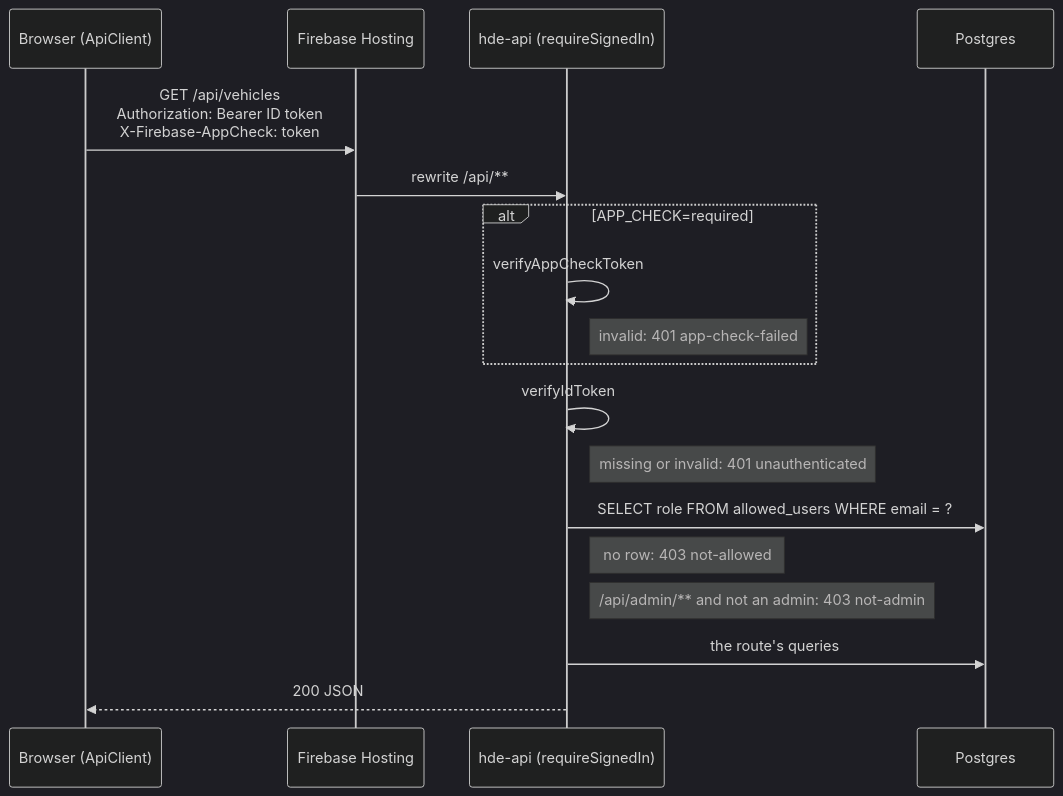
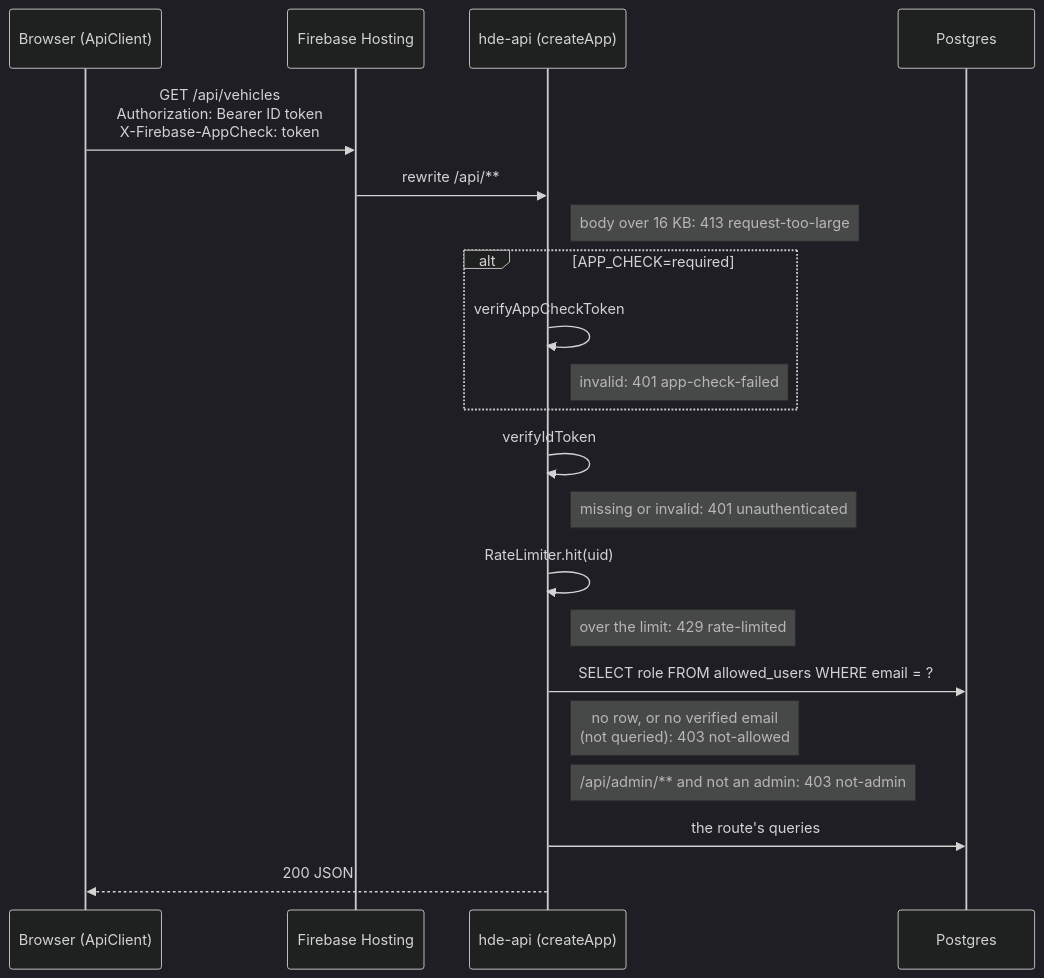
One commit to Valiance-Studios/halo-drivers-ed changed the third of 8 diagrams in ARCHITECTURE.md. Above: the diagram before and after it, drawn with Mermaid (dark theme). The commit also changed other lines of this file and 13 other files, not shown here.

First line of the commit message:
Harden the API and site: verified emails, limits and security headers (#9)

````diff
--- a/ARCHITECTURE.md
+++ b/ARCHITECTURE.md
@@ -121,21 +123,24 @@
 ```mermaid
 sequenceDiagram
     participant B as Browser (ApiClient)
     participant H as Firebase Hosting
-    participant A as hde-api (requireSignedIn)
+    participant A as hde-api (createApp)
     participant P as Postgres
 
     B->>H: GET /api/vehicles<br/>Authorization: Bearer ID token<br/>X-Firebase-AppCheck: token
     H->>A: rewrite /api/**
+    Note right of A: body over 16 KB: 413 request-too-large
     alt APP_CHECK=required
         A->>A: verifyAppCheckToken
         Note right of A: invalid: 401 app-check-failed
     end
     A->>A: verifyIdToken
     Note right of A: missing or invalid: 401 unauthenticated
+    A->>A: RateLimiter.hit(uid)
+    Note right of A: over the limit: 429 rate-limited
     A->>P: SELECT role FROM allowed_users WHERE email = ?
-    Note right of A: no row: 403 not-allowed
+    Note right of A: no row, or no verified email<br/>(not queried): 403 not-allowed
     Note right of A: /api/admin/** and not an admin: 403 not-admin
     A->>P: the route's queries
     A-->>B: 200 JSON
 ```
````
